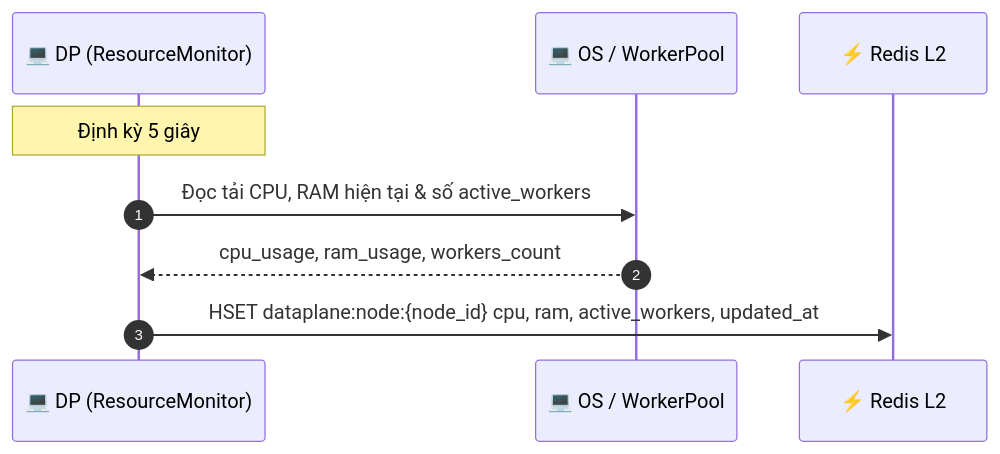
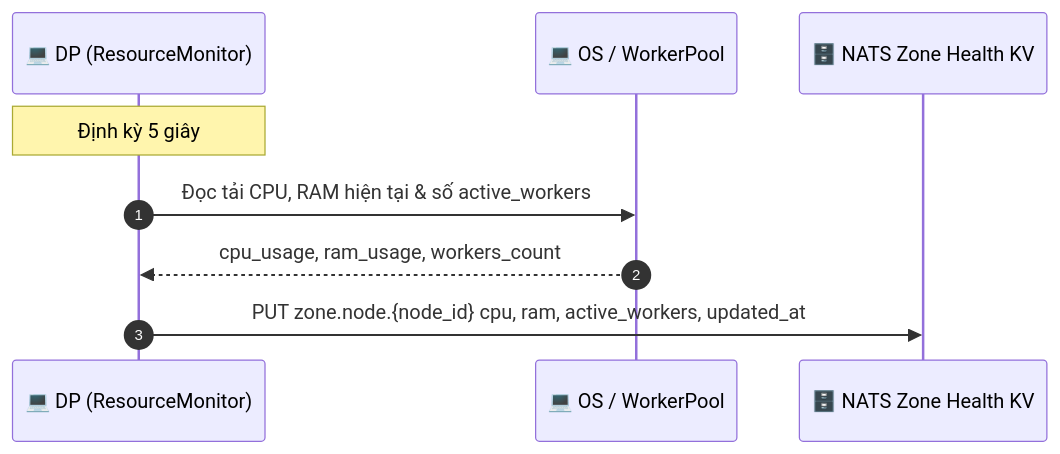
One commit to phucle996/aurora changed diagram 18 of 21 in god_view/hierarchy/zone_lifecycle_god_view.md. Above: the diagram before and after it, drawn with Mermaid. The commit also changed other lines of this file and 77 other files, not shown here.

Commit message:
feat: implement mail runtime health monitoring with zone KV lease management and projection tombstones

````diff
--- a/god_view/hierarchy/zone_lifecycle_god_view.md
+++ b/god_view/hierarchy/zone_lifecycle_god_view.md
@@ -922,12 +928,12 @@
 ```mermaid
 sequenceDiagram
     autonumber
     participant DP as 💻 DP (ResourceMonitor)
     participant OS as 💻 OS / WorkerPool
-    participant L2 as ⚡ Redis L2
+    participant KV as 🗄️ NATS Zone Health KV
 
     Note over DP: Định kỳ 5 giây
     DP->>OS: Đọc tải CPU, RAM hiện tại & số active_workers
     OS-->>DP: cpu_usage, ram_usage, workers_count
-    DP->>L2: HSET dataplane:node:{node_id} cpu, ram, active_workers, updated_at
+    DP->>KV: PUT zone.node.{node_id} cpu, ram, active_workers, updated_at
 ```
````
